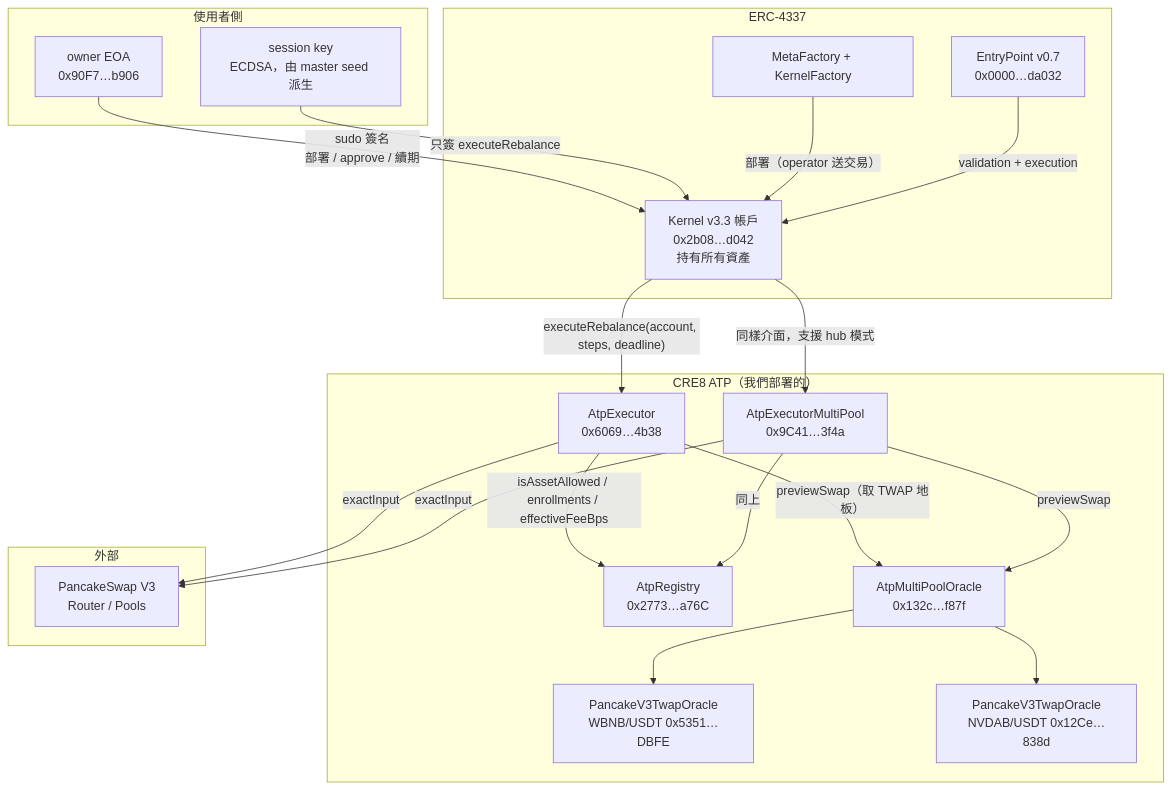
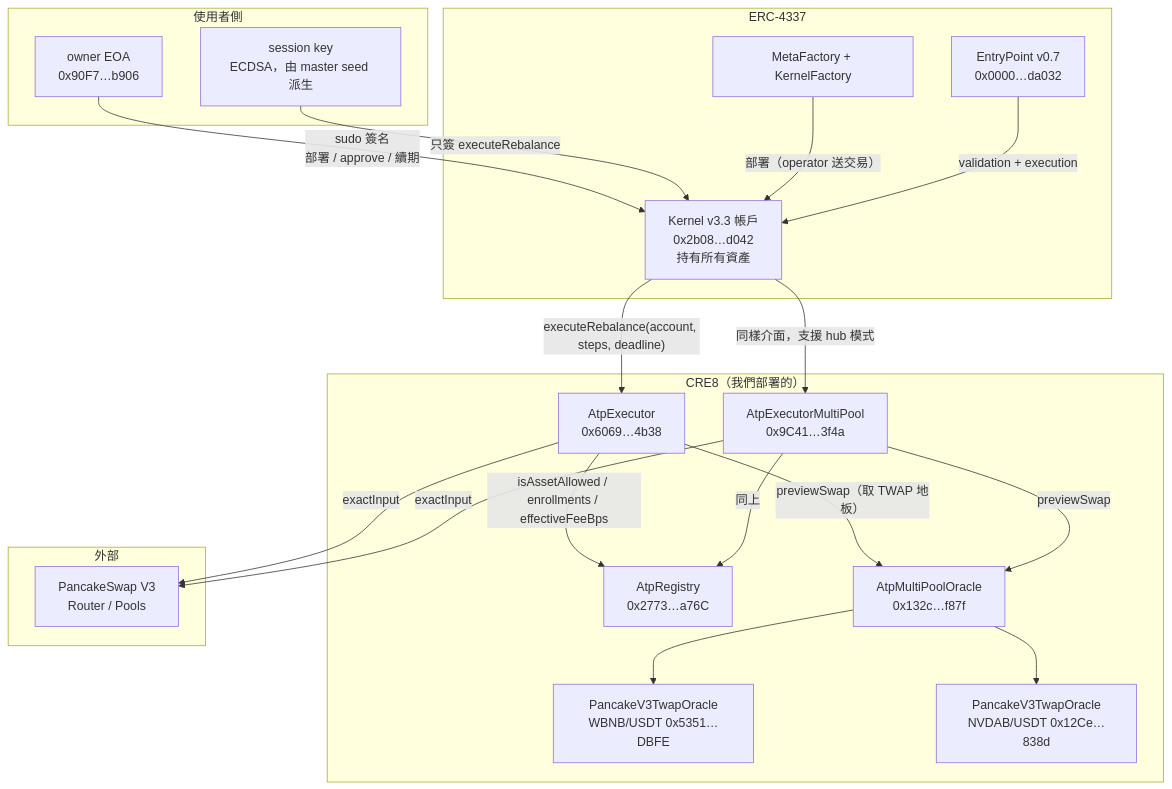
Before and after one commit to Jarekkkkk/cre8-hackathon: the second of 7 diagrams in cre8-app/docs/architecture.md, drawn with Mermaid. The commit also changed other lines of this file and 22 other files, not shown here.

First line of the commit message:
Rename the product from "CRE8 ATP" to "CRE8"

````diff
--- a/cre8-app/docs/architecture.md
+++ b/cre8-app/docs/architecture.md
@@ -91,42 +91,42 @@
 ```mermaid
 flowchart TB
     subgraph user["使用者側"]
         EOA[owner EOA<br/>0x90F7…b906]
         SK[session key<br/>ECDSA，由 master seed 派生]
     end
 
     subgraph aa["ERC-4337"]
         EP[EntryPoint v0.7<br/>0x0000…da032]
         FAC[MetaFactory + KernelFactory]
         ACCT["Kernel v3.3 帳戶<br/>0x2b08…d042<br/>持有所有資產"]
     end
 
-    subgraph atp["CRE8 ATP（我們部署的）"]
+    subgraph atp["CRE8（我們部署的）"]
         REG[AtpRegistry<br/>0x2773…a76C]
         EX1[AtpExecutor<br/>0x6069…4b38]
         EX2[AtpExecutorMultiPool<br/>0x9C41…3f4a]
         ROUTER[AtpMultiPoolOracle<br/>0x132c…f87f]
         O1[PancakeV3TwapOracle<br/>WBNB/USDT 0x5351…DBFE]
         O2[PancakeV3TwapOracle<br/>NVDAB/USDT 0x12Ce…838d]
     end
 
     subgraph dex["外部"]
         PCS[PancakeSwap V3<br/>Router / Pools]
     end
 
     EOA -->|"sudo 簽名<br/>部署 / approve / 續期"| ACCT
     SK -->|"只簽 executeRebalance"| ACCT
     FAC -->|"部署（operator 送交易）"| ACCT
     EP -->|"validation + execution"| ACCT
 
     ACCT -->|"executeRebalance(account, steps, deadline)"| EX1
     ACCT -->|"同樣介面，支援 hub 模式"| EX2
     EX1 -->|"isAssetAllowed / enrollments / effectiveFeeBps"| REG
     EX2 -->|"同上"| REG
     EX1 -->|"previewSwap（取 TWAP 地板）"| ROUTER
     EX2 -->|"previewSwap"| ROUTER
     ROUTER --> O1
     ROUTER --> O2
     EX1 -->|"exactInput"| PCS
     EX2 -->|"exactInput"| PCS
 ```
````
